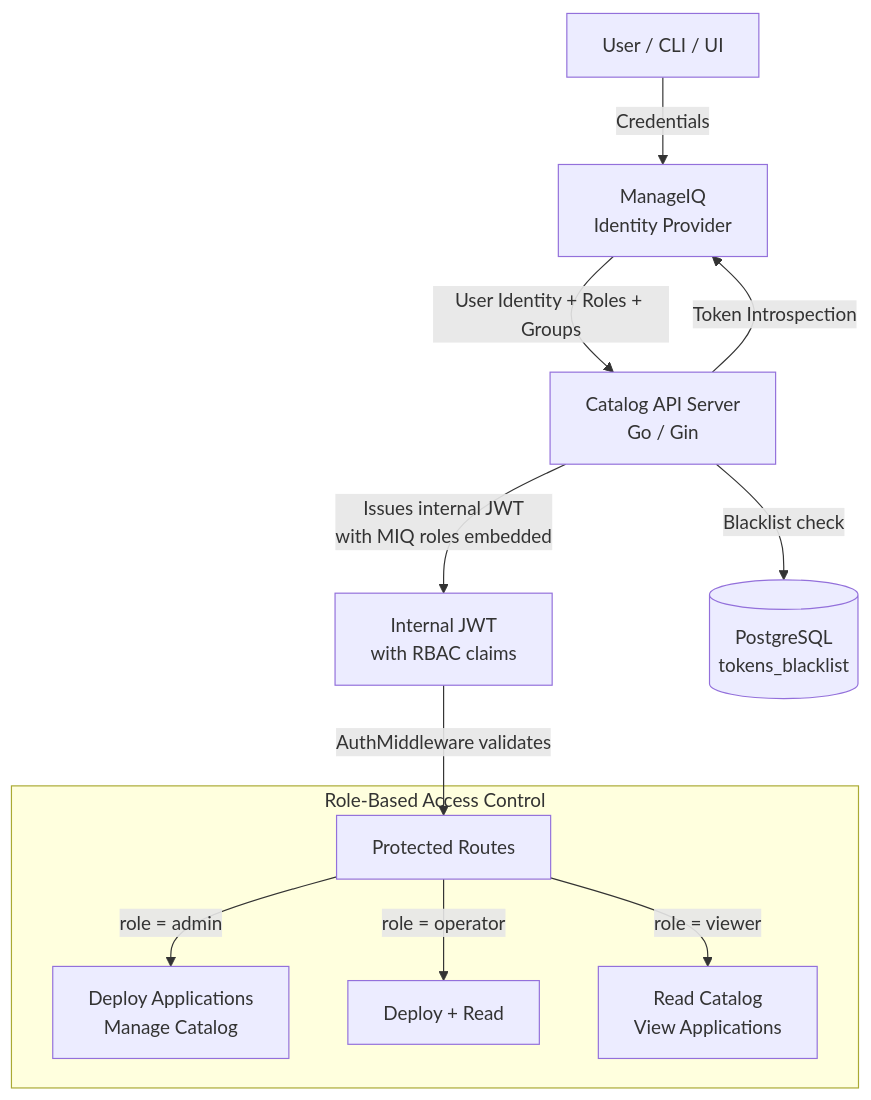
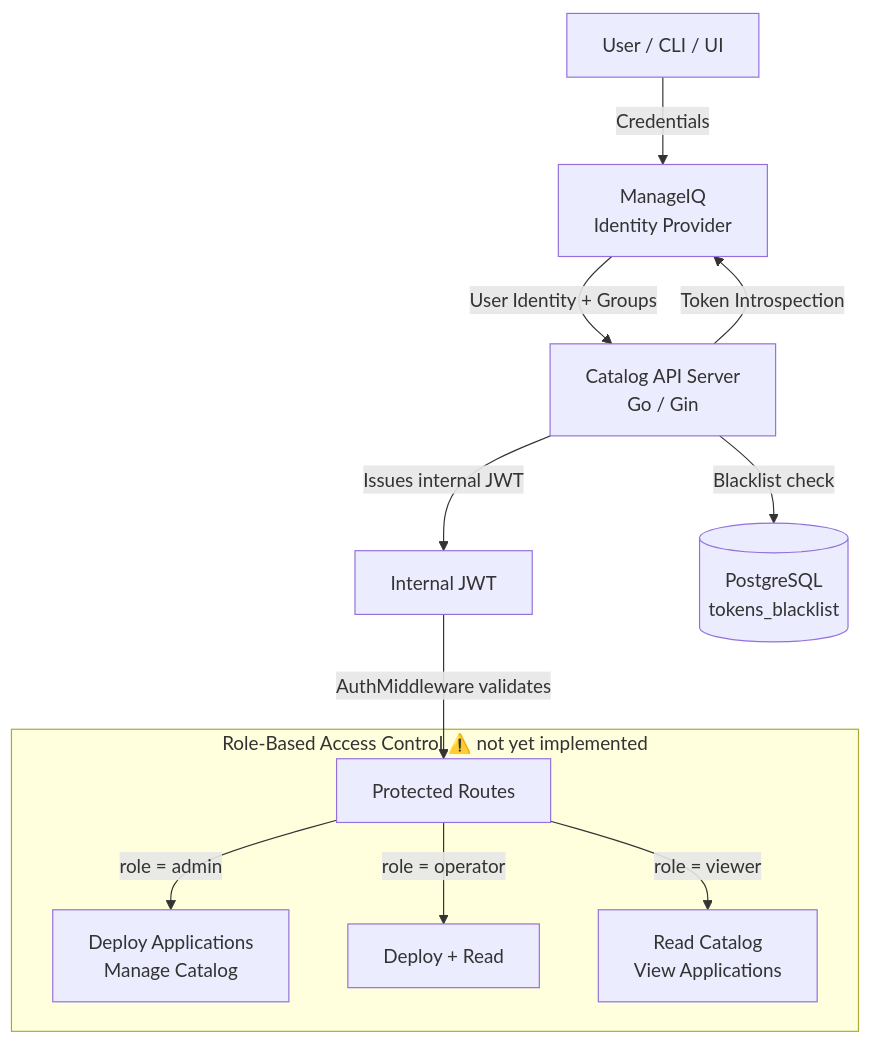
Before and after one commit to IBM/project-ai-services: the second of 6 diagrams in docs/proposals/manageiq-authn-authz-plan.md, drawn with Mermaid. The commit also changed other lines of this file and 5 other files, not shown here.

````diff
--- a/docs/proposals/manageiq-authn-authz-plan.md
+++ b/docs/proposals/manageiq-authn-authz-plan.md
@@ -51,17 +55,17 @@
 ```mermaid
 graph TD
     User[User / CLI / UI] -->|Credentials| MIQ[ManageIQ\nIdentity Provider]
-    MIQ -->|User Identity + Roles + Groups| CatalogAPI[Catalog API Server\nGo / Gin]
+    MIQ -->|User Identity + Groups| CatalogAPI[Catalog API Server\nGo / Gin]
     CatalogAPI -->|Token Introspection| MIQ
 
-    CatalogAPI -->|Issues internal JWT\nwith MIQ roles embedded| JWT[Internal JWT\nwith RBAC claims]
+    CatalogAPI -->|Issues internal JWT| JWT[Internal JWT]
     JWT -->|AuthMiddleware validates| ProtectedRoutes[Protected Routes]
 
-    subgraph RBAC [Role-Based Access Control]
+    subgraph RBAC [Role-Based Access Control   ⚠️ not yet implemented]
         ProtectedRoutes -->|role = admin| AdminOps[Deploy Applications\nManage Catalog]
         ProtectedRoutes -->|role = operator| OperatorOps[Deploy + Read]
         ProtectedRoutes -->|role = viewer| ViewOps[Read Catalog\nView Applications]
     end
 
     CatalogAPI -->|Blacklist check| TokenBlacklist[(PostgreSQL\ntokens_blacklist)]
 ```
````
